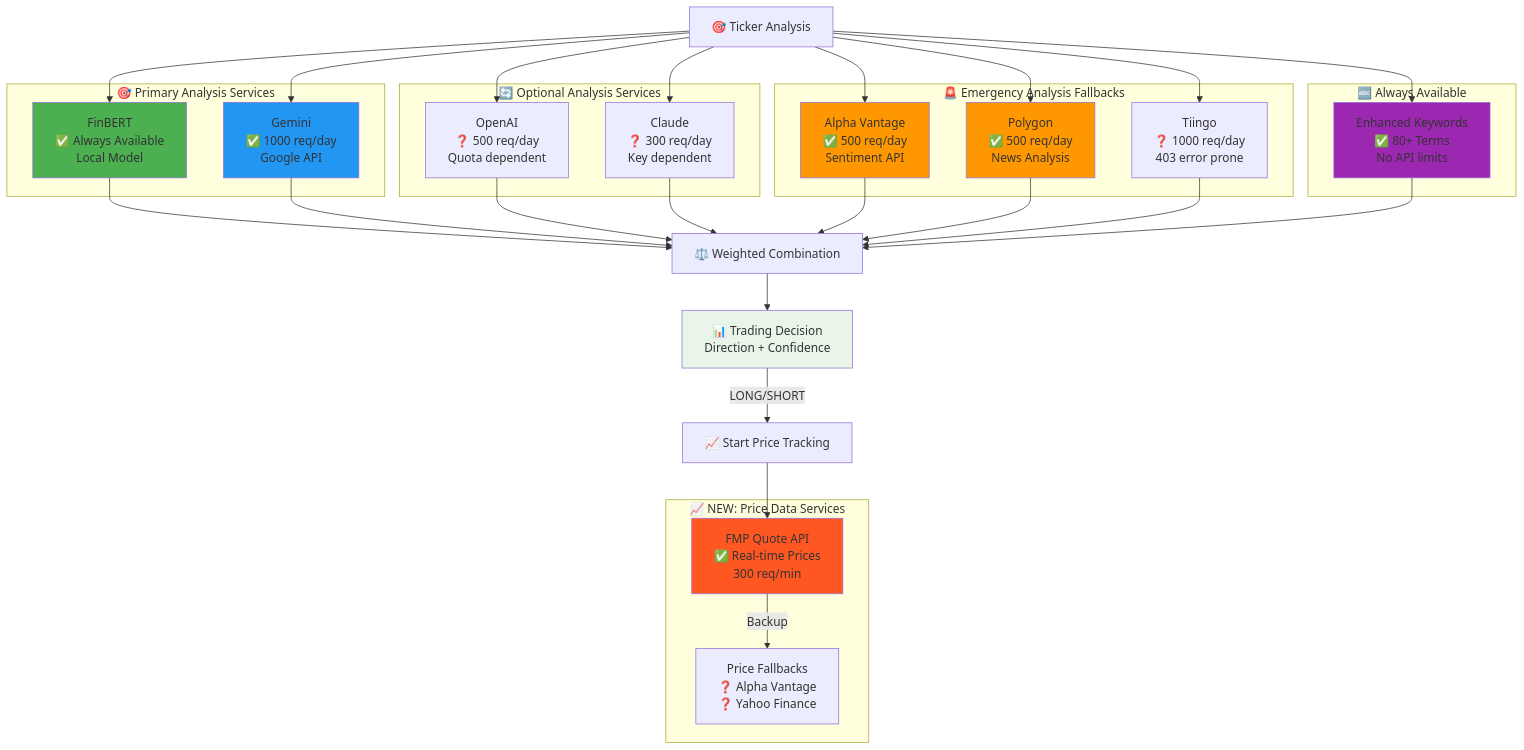
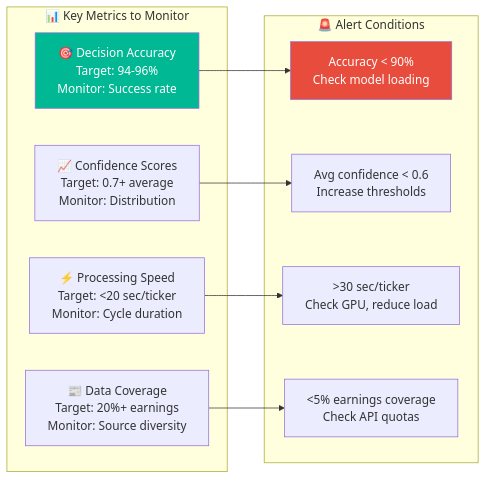
Before and after one commit to jaygasi/news_analyzer: the tenth of 11 diagrams in news_cruncher/README.md, drawn with Mermaid. The commit also changed other lines of this file and 12 other files, not shown here.

Commit message:
added the price-backfiller, fundamentals filtering of stucks (not working correctly), added enhanced LLM Roberta

````diff
--- a/news_cruncher/README.md
+++ b/news_cruncher/README.md
@@ -349,59 +782,30 @@
 ```mermaid
-graph TD
-    subgraph "🎯 Primary Analysis Services"
-        FB[FinBERT<br/>✅ Always Available<br/>Local Model]
-        GM[Gemini<br/>✅ 1000 req/day<br/>Google API]
+graph LR
+    subgraph "📊 Key Metrics to Monitor"
+        Accuracy[🎯 Decision Accuracy<br/>Target: 94-96%<br/>Monitor: Success rate]
+        
+        Confidence[📈 Confidence Scores<br/>Target: 0.7+ average<br/>Monitor: Distribution]
+        
+        Speed[⚡ Processing Speed<br/>Target: <20 sec/ticker<br/>Monitor: Cycle duration]
+        
+        Coverage[📰 Data Coverage<br/>Target: 20%+ earnings<br/>Monitor: Source diversity]
     end
     
-    subgraph "🔄 Optional Analysis Services"
-        OAI[OpenAI<br/>❓ 500 req/day<br/>Quota dependent]
-        CL[Claude<br/>❓ 300 req/day<br/>Key dependent]
+    subgraph "🚨 Alert Conditions"
+        LowAccuracy[Accuracy < 90%<br/>Check model loading]
+        
+        LowConfidence[Avg confidence < 0.6<br/>Increase thresholds]
+        
+        SlowProcessing[>30 sec/ticker<br/>Check GPU, reduce load]
+        
+        NoEarnings[<5% earnings coverage<br/>Check API quotas]
     end
     
-    subgraph "🚨 Emergency Analysis Fallbacks"
-        AV[Alpha Vantage<br/>✅ 500 req/day<br/>Sentiment API]
-        PG[Polygon<br/>✅ 500 req/day<br/>News Analysis]
-        TG[Tiingo<br/>❓ 1000 req/day<br/>403 error prone]
-    end
+    Accuracy --> LowAccuracy
+    Confidence --> LowConfidence  
+    Speed --> SlowProcessing
+    Coverage --> NoEarnings
     
-    subgraph "🔤 Always Available"
-        KW[Enhanced Keywords<br/>✅ 80+ Terms<br/>No API limits]
-    end
-    
-    subgraph "📈 NEW: Price Data Services"
-        FMP_Quote[FMP Quote API<br/>✅ Real-time Prices<br/>300 req/min]
-        PriceBackup[Price Fallbacks<br/>❓ Alpha Vantage<br/>❓ Yahoo Finance]
-    end
-    
-    Start[🎯 Ticker Analysis] --> FB
-    Start --> GM
-    Start --> OAI
-    Start --> CL
-    Start --> AV
-    Start --> PG
-    Start --> TG
-    Start --> KW
-    
-    FB --> Combine[⚖️ Weighted Combination]
-    GM --> Combine
-    OAI --> Combine
-    CL --> Combine
-    AV --> Combine
-    PG --> Combine
-    TG --> Combine
-    KW --> Combine
-    
-    Combine --> Decision[📊 Trading Decision<br/>Direction + Confidence]
-    
-    Decision -->|LONG/SHORT| PriceTrack[📈 Start Price Tracking]
-    PriceTrack --> FMP_Quote
-    FMP_Quote -->|Backup| PriceBackup
-    
-    style FB fill:#4caf50
-    style GM fill:#2196f3
-    style AV fill:#ff9800
-    style PG fill:#ff9800
-    style KW fill:#9c27b0
-    style FMP_Quote fill:#ff5722
-    style Decision fill:#e8f5e8
+    style Accuracy fill:#00b894,color:#fff
+    style LowAccuracy fill:#e74c3c,color:#fff
 ```
````
